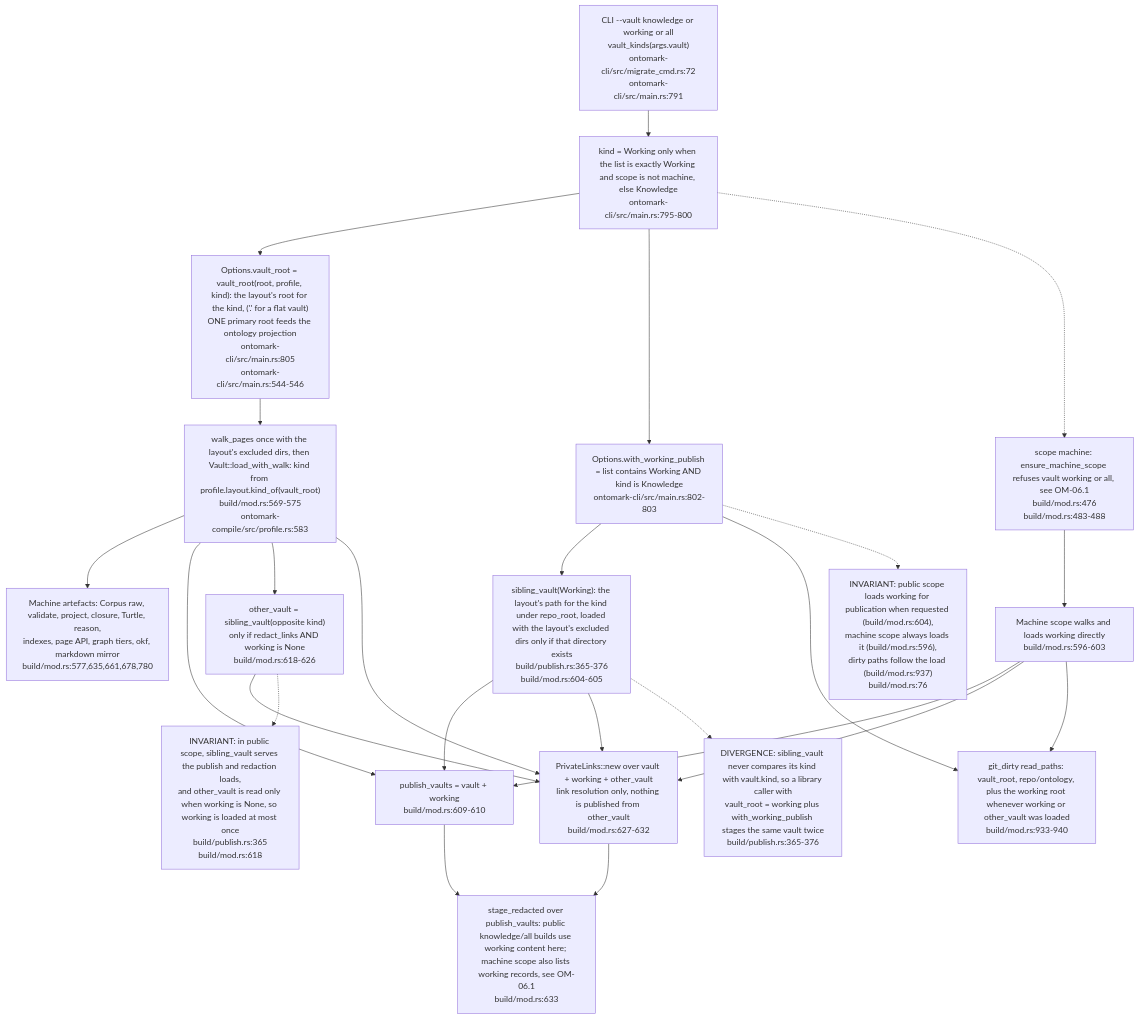
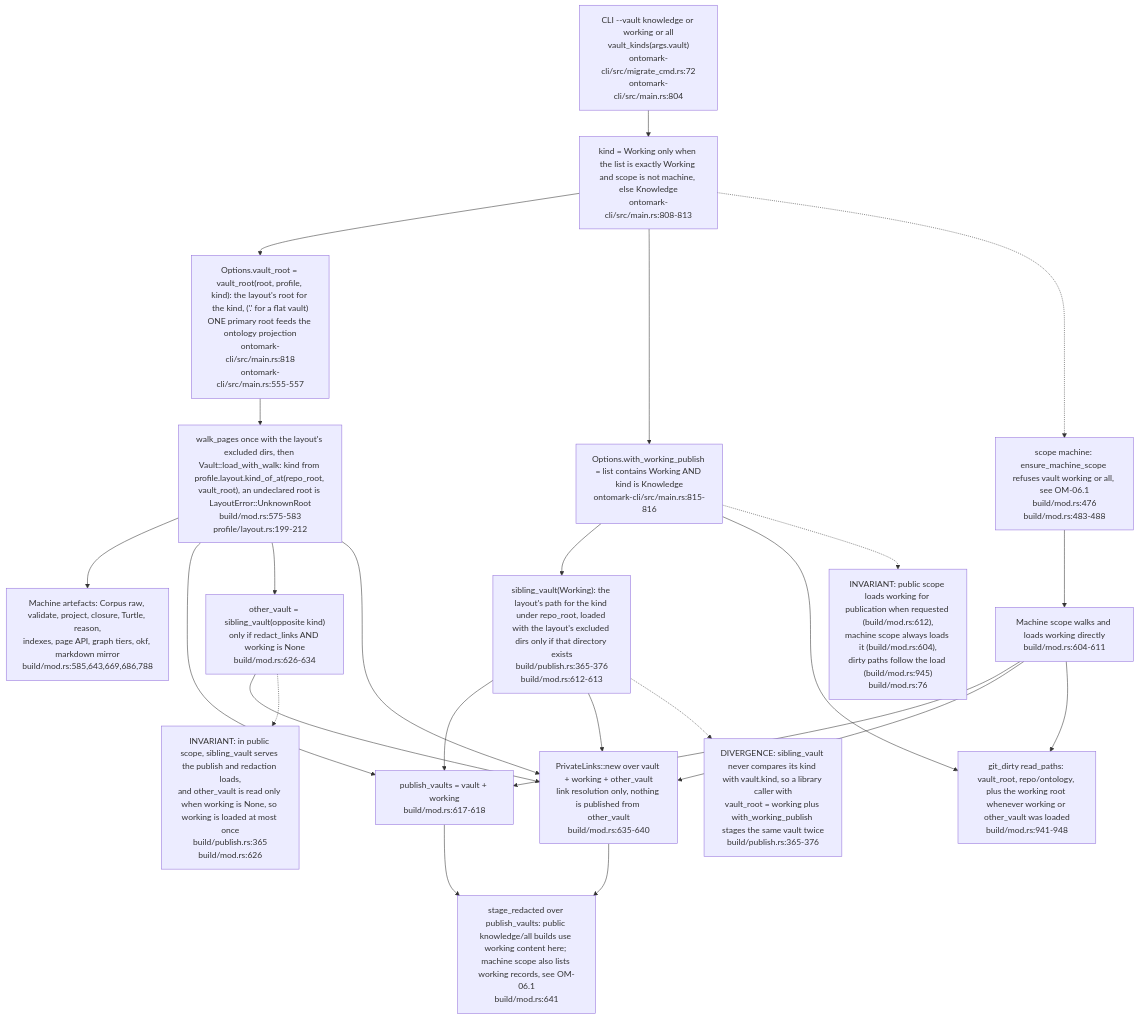
Before and after one commit to DreamLab-AI/VisionFlow: the second of 8 diagrams in docs/diagrams/ontomark/03-build-run-gates-staging-and-generation.md, drawn with Mermaid. The commit also changed other lines of this file and 91 other files, not shown here.

````diff
--- a/docs/diagrams/ontomark/03-build-run-gates-staging-and-generation.md
+++ b/docs/diagrams/ontomark/03-build-run-gates-staging-and-generation.md
@@ -75,36 +77,36 @@
 ```mermaid
 flowchart TD
-    ARG["CLI --vault knowledge or working or all<br/>vault_kinds(args.vault)<br/>ontomark-cli/src/migrate_cmd.rs:72<br/>ontomark-cli/src/main.rs:791"]
-    KIND["kind = Working only when the list is exactly Working and scope is not machine, else Knowledge<br/>ontomark-cli/src/main.rs:795-800"]
-    ROOT["Options.vault_root = vault_root(root, profile, kind): the layout's root for the kind, ('.' for a flat vault)<br/>ONE primary root feeds the ontology projection<br/>ontomark-cli/src/main.rs:805<br/>ontomark-cli/src/main.rs:544-546"]
-    WIDE["Options.with_working_publish = list contains Working AND kind is Knowledge<br/>ontomark-cli/src/main.rs:802-803"]
+    ARG["CLI --vault knowledge or working or all<br/>vault_kinds(args.vault)<br/>ontomark-cli/src/migrate_cmd.rs:72<br/>ontomark-cli/src/main.rs:804"]
+    KIND["kind = Working only when the list is exactly Working and scope is not machine, else Knowledge<br/>ontomark-cli/src/main.rs:808-813"]
+    ROOT["Options.vault_root = vault_root(root, profile, kind): the layout's root for the kind, ('.' for a flat vault)<br/>ONE primary root feeds the ontology projection<br/>ontomark-cli/src/main.rs:818<br/>ontomark-cli/src/main.rs:555-557"]
+    WIDE["Options.with_working_publish = list contains Working AND kind is Knowledge<br/>ontomark-cli/src/main.rs:815-816"]
     MSC["scope machine: ensure_machine_scope refuses vault working or all, see OM-06.1<br/>build/mod.rs:476<br/>build/mod.rs:483-488"]
-    LOAD["walk_pages once with the layout's excluded dirs, then Vault::load_with_walk: kind from profile.layout.kind_of(vault_root)<br/>build/mod.rs:569-575<br/>ontomark-compile/src/profile.rs:583"]
-    MACH["Machine artefacts: Corpus raw, validate, project, closure, Turtle, reason,<br/>indexes, page API, graph tiers, okf, markdown mirror<br/>build/mod.rs:577,635,661,678,780"]
-    SW["sibling_vault(Working): the layout's path for the kind under repo_root, loaded with the layout's excluded dirs only if that directory exists<br/>build/publish.rs:365-376<br/>build/mod.rs:604-605"]
-    PUBV["publish_vaults = vault + working<br/>build/mod.rs:609-610"]
-    STAGE["stage_redacted over publish_vaults: public knowledge/all builds use working content here; machine scope also lists working records, see OM-06.1<br/>build/mod.rs:633"]
-    OTHER["other_vault = sibling_vault(opposite kind)<br/>only if redact_links AND working is None<br/>build/mod.rs:618-626"]
-    PL["PrivateLinks::new over vault + working + other_vault<br/>link resolution only, nothing is published from other_vault<br/>build/mod.rs:627-632"]
-    GITD["git_dirty read_paths: vault_root, repo/ontology, plus the working root whenever working or other_vault was loaded<br/>build/mod.rs:933-940"]
-    N1["INVARIANT: public scope loads working for publication when requested (build/mod.rs:604),<br/>machine scope always loads it (build/mod.rs:596),<br/>dirty paths follow the load (build/mod.rs:937)<br/>build/mod.rs:76"]
-    N2["INVARIANT: in public scope, sibling_vault serves the publish and redaction loads,<br/>and other_vault is read only when working is None, so working is loaded at most once<br/>build/publish.rs:365<br/>build/mod.rs:618"]
+    LOAD["walk_pages once with the layout's excluded dirs, then Vault::load_with_walk: kind from profile.layout.kind_of_at(repo_root, vault_root), an undeclared root is LayoutError::UnknownRoot<br/>build/mod.rs:575-583<br/>profile/layout.rs:199-212"]
+    MACH["Machine artefacts: Corpus raw, validate, project, closure, Turtle, reason,<br/>indexes, page API, graph tiers, okf, markdown mirror<br/>build/mod.rs:585,643,669,686,788"]
+    SW["sibling_vault(Working): the layout's path for the kind under repo_root, loaded with the layout's excluded dirs only if that directory exists<br/>build/publish.rs:365-376<br/>build/mod.rs:612-613"]
+    PUBV["publish_vaults = vault + working<br/>build/mod.rs:617-618"]
+    STAGE["stage_redacted over publish_vaults: public knowledge/all builds use working content here; machine scope also lists working records, see OM-06.1<br/>build/mod.rs:641"]
+    OTHER["other_vault = sibling_vault(opposite kind)<br/>only if redact_links AND working is None<br/>build/mod.rs:626-634"]
+    PL["PrivateLinks::new over vault + working + other_vault<br/>link resolution only, nothing is published from other_vault<br/>build/mod.rs:635-640"]
+    GITD["git_dirty read_paths: vault_root, repo/ontology, plus the working root whenever working or other_vault was loaded<br/>build/mod.rs:941-948"]
+    N1["INVARIANT: public scope loads working for publication when requested (build/mod.rs:612),<br/>machine scope always loads it (build/mod.rs:604),<br/>dirty paths follow the load (build/mod.rs:945)<br/>build/mod.rs:76"]
+    N2["INVARIANT: in public scope, sibling_vault serves the publish and redaction loads,<br/>and other_vault is read only when working is None, so working is loaded at most once<br/>build/publish.rs:365<br/>build/mod.rs:626"]
     N3["DIVERGENCE: sibling_vault never compares its kind with vault.kind, so a library caller with<br/>vault_root = working plus with_working_publish stages the same vault twice<br/>build/publish.rs:365-376"]
     ARG --> KIND --> ROOT --> LOAD --> MACH
     KIND --> WIDE
     WIDE --> SW --> PUBV --> STAGE
     LOAD --> PUBV
     LOAD --> OTHER --> PL
     SW --> PL
     LOAD --> PL
     PL --> STAGE
     WIDE --> GITD
     KIND -.-> MSC
-    MSC --> ML["Machine scope walks and loads working directly<br/>build/mod.rs:596-603"]
+    MSC --> ML["Machine scope walks and loads working directly<br/>build/mod.rs:604-611"]
     ML --> PUBV
     ML --> PL
     ML --> GITD
     WIDE -.-> N1
     OTHER -.-> N2
     SW -.-> N3
 ```
````
